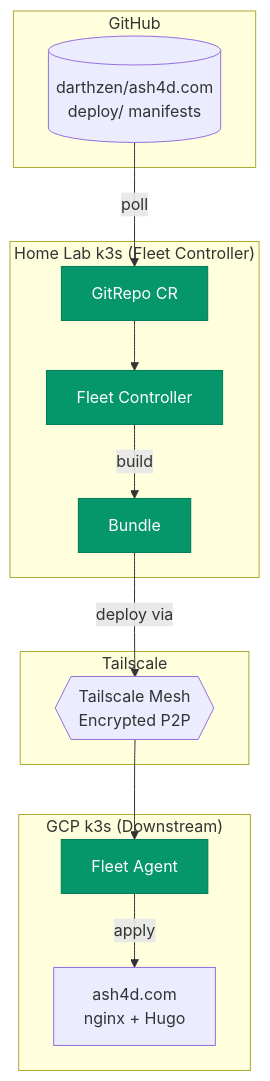
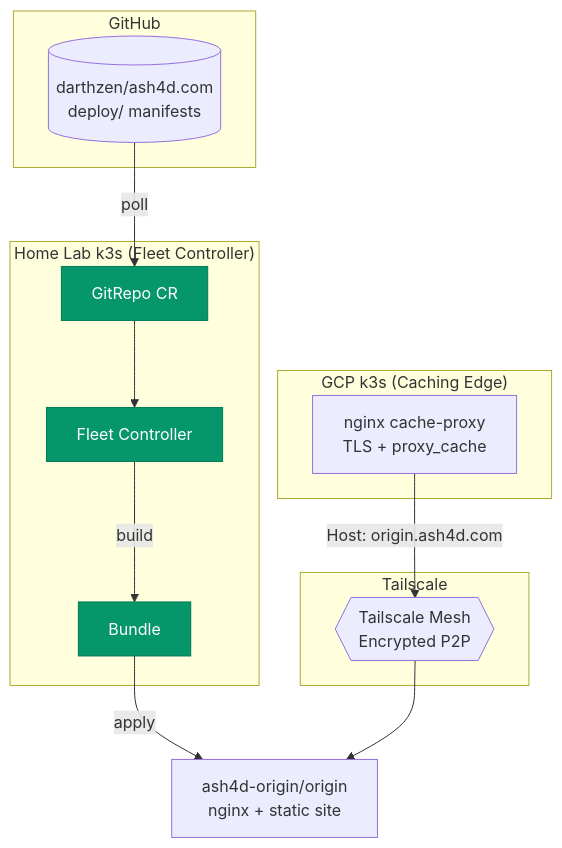
One commit to darthzen/ash4d.com changed the fifth of 5 diagrams in README.md. Above: the diagram before and after it, drawn with Mermaid. The commit also changed other lines of this file and 5 other files, not shown here.

First line of the commit message:
deploy: retarget the bundle at the lab cluster origin

````diff
--- a/README.md
+++ b/README.md
@@ -286,31 +286,32 @@
 ```mermaid
 flowchart TD
     subgraph GitHub
         REPO[("darthzen/ash4d.com<br/>deploy/ manifests")]
     end
 
     subgraph HomeLab["Home Lab k3s (Fleet Controller)"]
         FC[Fleet Controller]
         GITREPO[GitRepo CR]
         BUNDLE[Bundle]
     end
 
     subgraph Tailscale
         MESH{{Tailscale Mesh<br/>Encrypted P2P}}
     end
 
-    subgraph GCP["GCP k3s (Downstream)"]
-        FA[Fleet Agent]
-        SITE[ash4d.com<br/>nginx + Hugo]
+    subgraph GCP["GCP k3s (Caching Edge)"]
+        PROXY[nginx cache-proxy<br/>TLS + proxy_cache]
     end
+
+    ORIGIN[ash4d-origin/origin<br/>nginx + static site]
 
     REPO -->|poll| GITREPO
     GITREPO --> FC
     FC -->|build| BUNDLE
-    BUNDLE -->|deploy via| MESH
-    MESH --> FA
-    FA -->|apply| SITE
+    BUNDLE -->|apply| ORIGIN
+    PROXY -->|Host: origin.ash4d.com| MESH
+    MESH --> ORIGIN
 
     classDef fleet fill:#059669,stroke:#047857,color:#fff
-    class FC,GITREPO,BUNDLE,FA fleet
+    class FC,GITREPO,BUNDLE fleet
 ```
````
